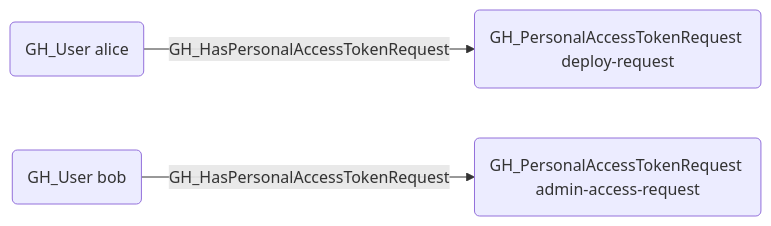
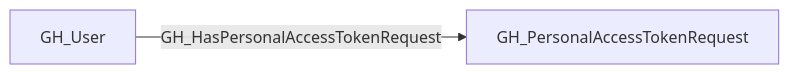
The first of 2 diagrams in docs/opengraph/extensions/github/edges/gh_haspersonalaccesstokenrequest.mdx (SpecterOps/bloodhound-docs), drawn with Mermaid before and after one commit. The commit also changed other lines of this file and 292 other files, not shown here.

````diff
--- a/docs/opengraph/extensions/github/edges/gh_haspersonalaccesstokenrequest.mdx
+++ b/docs/opengraph/extensions/github/edges/gh_haspersonalaccesstokenrequest.mdx
@@ -19,9 +16,6 @@
 ```mermaid
-graph LR
-    node1("GH_User alice")
-    node2("GH_PersonalAccessTokenRequest deploy-request")
-    node3("GH_User bob")
-    node4("GH_PersonalAccessTokenRequest admin-access-request")
-    node1 -- GH_HasPersonalAccessTokenRequest --> node2
-    node3 -- GH_HasPersonalAccessTokenRequest --> node4
+flowchart LR
+    GH_PersonalAccessTokenRequest["GH_PersonalAccessTokenRequest"]
+    GH_User["GH_User"]
+    GH_User -- GH_HasPersonalAccessTokenRequest --> GH_PersonalAccessTokenRequest
 ```
````
